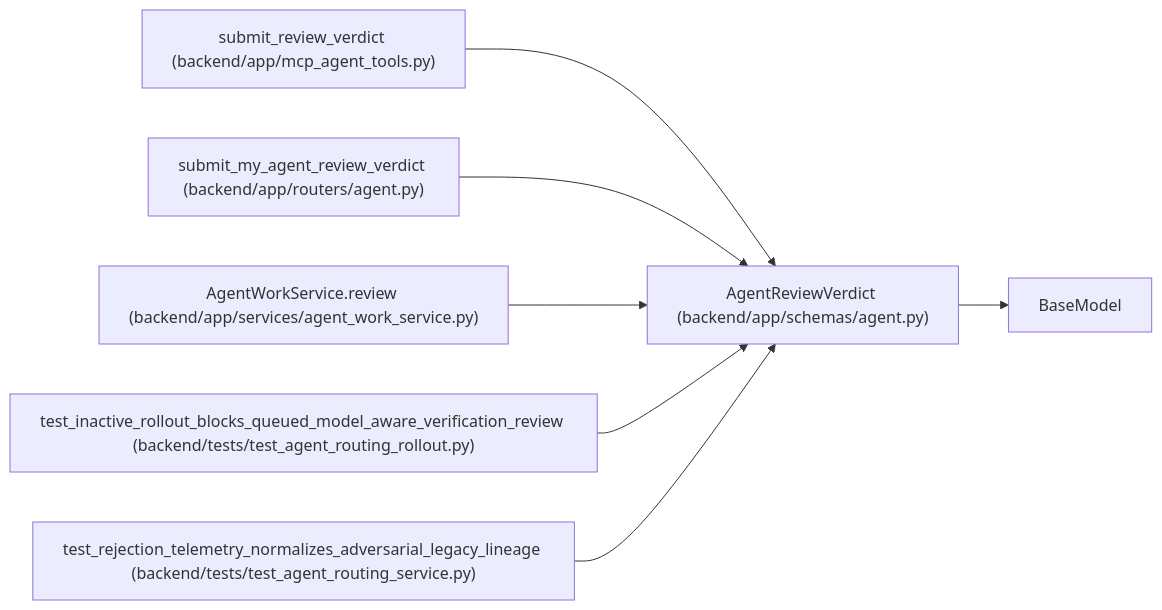
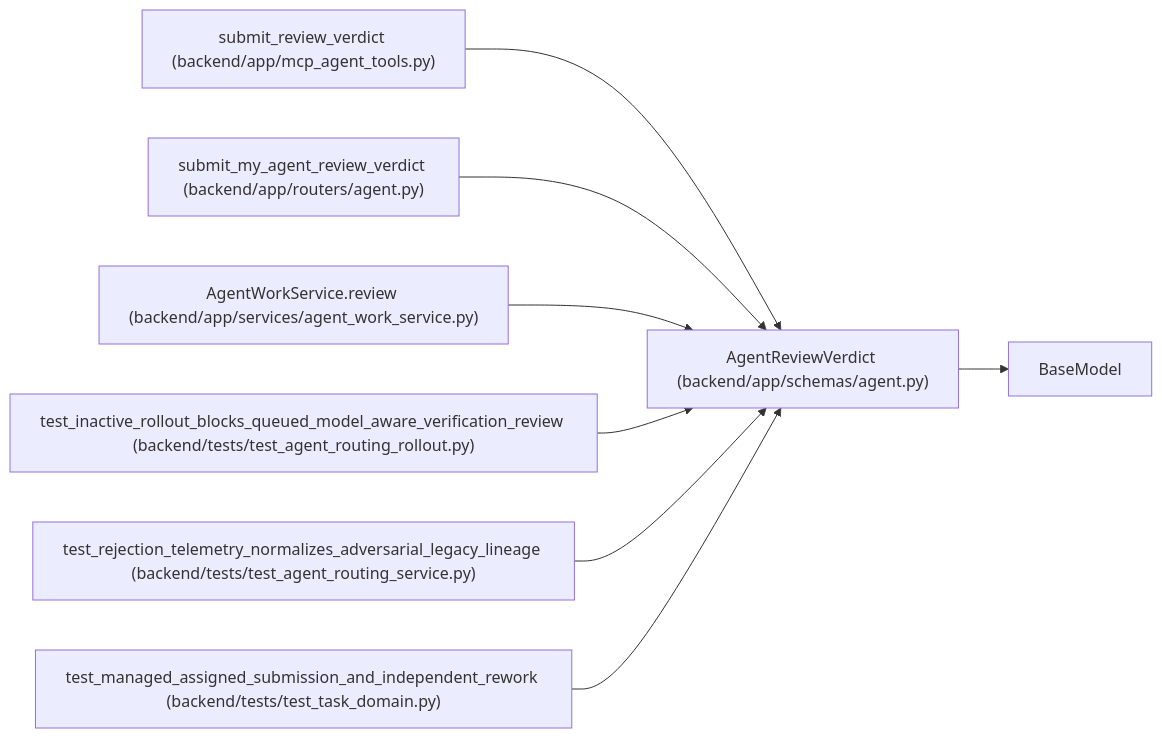
Before and after one commit to Denissvgn/WorkChord: the diagram in docs/llm_wiki/entities/AgentReviewVerdict.md, drawn with Mermaid. The commit also changed other lines of this file and 1238 other files, not shown here.

First line of the commit message:
docs(wiki): publish compact canonical domain architecture

````diff
--- a/docs/llm_wiki/entities/AgentReviewVerdict.md
+++ b/docs/llm_wiki/entities/AgentReviewVerdict.md
@@ -45,22 +45,25 @@
 ```mermaid
 flowchart LR
     n0["AgentReviewVerdict (backend/app/schemas/agent.py)"]
     n1["BaseModel"]
     n2["submit_review_verdict (backend/app/mcp_agent_tools.py)"]
     n3["submit_my_agent_review_verdict (backend/app/routers/agent.py)"]
     n4["AgentWorkService.review (backend/app/services/agent_work_service.py)"]
     n5["test_inactive_rollout_blocks_queued_model_aware_verification_review (backend/tests/test_agent_routing_rollout.py)"]
     n6["test_rejection_telemetry_normalizes_adversarial_legacy_lineage (backend/tests/test_agent_routing_service.py)"]
+    n7["test_managed_assigned_submission_and_independent_rework (backend/tests/test_task_domain.py)"]
     n0 --> n1
     n2 --> n0
     n3 --> n0
     n4 --> n0
     n5 --> n0
     n6 --> n0
+    n7 --> n0
     click n0 "../modules/schemas_agent.md"
     click n2 "../modules/mcp_agent_tools.md"
     click n3 "../modules/routers_agent.md"
     click n4 "../modules/agent_work_service.md"
     click n5 "../modules/test_agent_routing_rollout.md"
     click n6 "../modules/test_agent_routing_service.md"
+    click n7 "../modules/test_task_domain.md"
 ```
````
